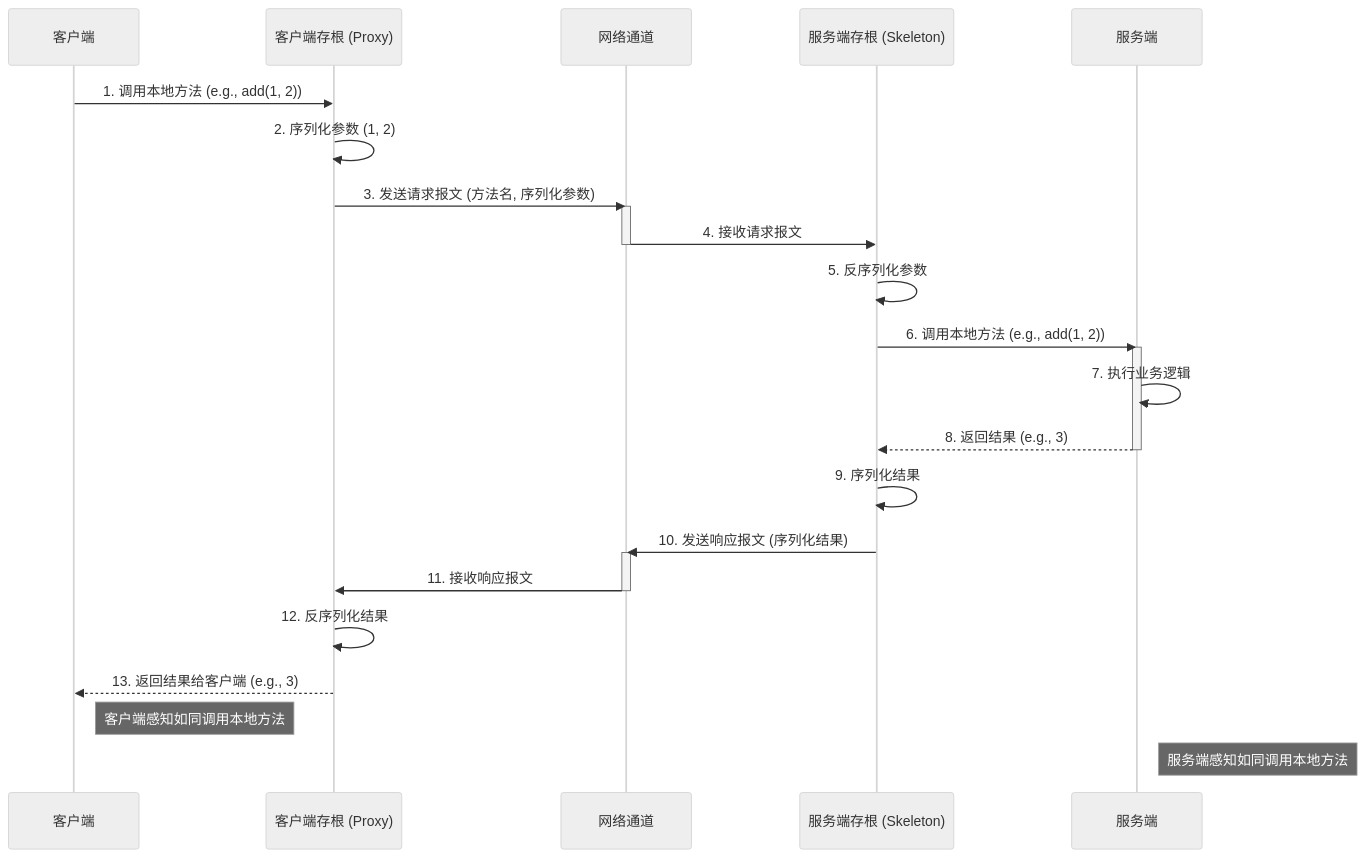
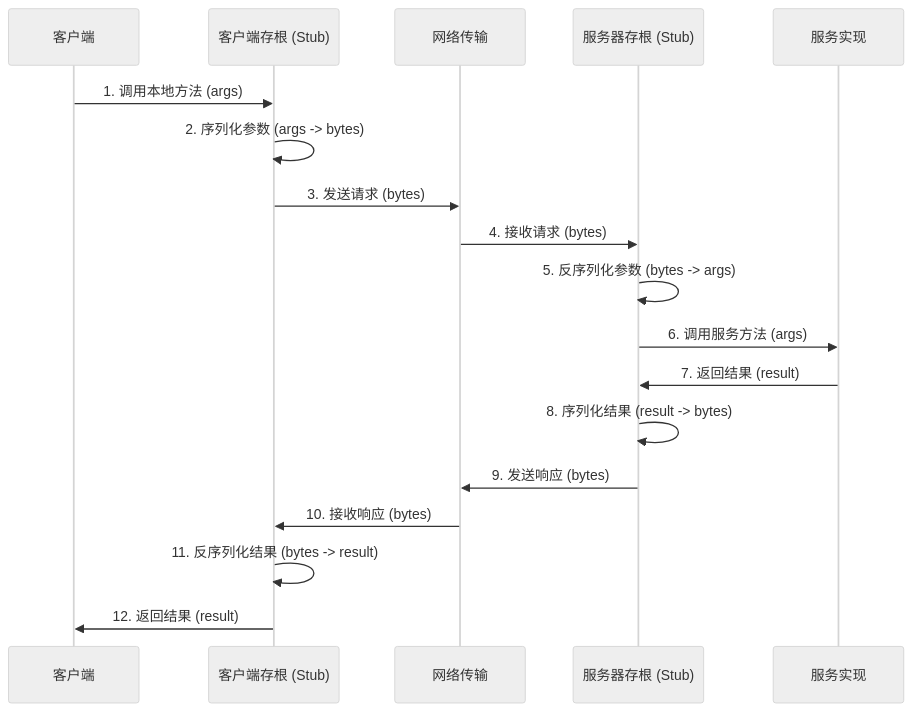
One commit to teatang/t-blog changed the diagram in source/_posts/2024/2024-05-03_RPC(Remote Procedure Call)远程过程调用详解.md. Above: the diagram before and after it, drawn with Mermaid (neutral theme). The commit also changed other lines of this file and 11 other files, not shown here.

```diff
--- a/source/_posts/2024/2024-05-03_RPC(Remote Procedure Call)远程过程调用详解.md
+++ b/source/_posts/2024/2024-05-03_RPC(Remote Procedure Call)远程过程调用详解.md
@@ -46,31 +69,21 @@
 {% mermaid %}
 sequenceDiagram
-    participant Client as 客户端
-    participant ClientStub as 客户端存根 (Proxy)
-    participant Channel as 网络通道
-    participant ServerStub as 服务端存根 (Skeleton)
-    participant Server as 服务端
+    participant C as 客户端
+    participant CS as 客户端存根 (Stub)
+    participant N as 网络传输
+    participant SS as 服务器存根 (Stub)
+    participant S as 服务实现
 
-    Client->>ClientStub: 1. 调用本地方法 (e.g., add(1, 2))
-    ClientStub->>ClientStub: 2. 序列化参数 (1, 2)
-    ClientStub->>Channel: 3. 发送请求报文 (方法名, 序列化参数)
-    activate Channel
-    Channel->>ServerStub: 4. 接收请求报文
-    deactivate Channel
-    ServerStub->>ServerStub: 5. 反序列化参数
-    ServerStub->>Server: 6. 调用本地方法 (e.g., add(1, 2))
-    activate Server
-    Server->>Server: 7. 执行业务逻辑
-    Server-->>ServerStub: 8. 返回结果 (e.g., 3)
-    deactivate Server
-    ServerStub->>ServerStub: 9. 序列化结果
-    ServerStub->>Channel: 10. 发送响应报文 (序列化结果)
-    activate Channel
-    Channel->>ClientStub: 11. 接收响应报文
-    deactivate Channel
-    ClientStub->>ClientStub: 12. 反序列化结果
-    ClientStub-->>Client: 13. 返回结果给客户端 (e.g., 3)
-
-    note right of Client: 客户端感知如同调用本地方法
-    note right of Server: 服务端感知如同调用本地方法
+    C->>CS: 1. 调用本地方法 (args)
+    CS->>CS: 2. 序列化参数 (args -> bytes)
+    CS->>N: 3. 发送请求 (bytes)
+    N->>SS: 4. 接收请求 (bytes)
+    SS->>SS: 5. 反序列化参数 (bytes -> args)
+    SS->>S: 6. 调用服务方法 (args)
+    S->>SS: 7. 返回结果 (result)
+    SS->>SS: 8. 序列化结果 (result -> bytes)
+    SS->>N: 9. 发送响应 (bytes)
+    N->>CS: 10. 接收响应 (bytes)
+    CS->>CS: 11. 反序列化结果 (bytes -> result)
+    CS->>C: 12. 返回结果 (result)
 {% endmermaid %}
```
